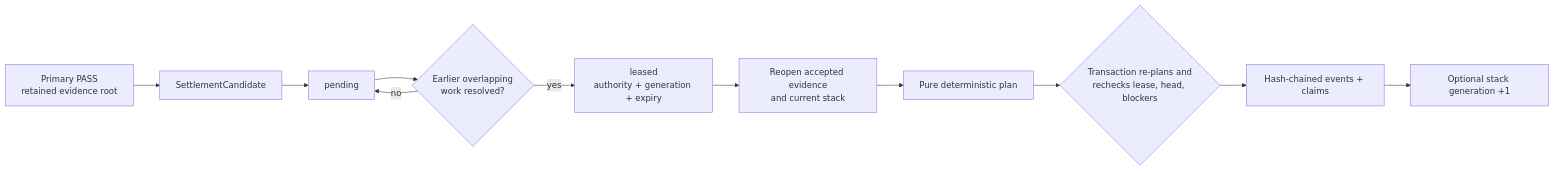
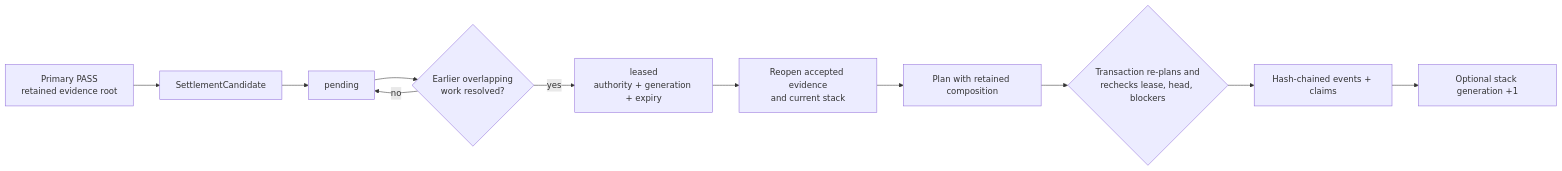
Before and after one commit to latent-to/cacheon: the first of 2 diagrams in docs/validator-guide/settlement-and-weights.md, drawn with Mermaid. The commit also changed other lines of this file and 266 other files, not shown here.

````diff
--- a/docs/validator-guide/settlement-and-weights.md
+++ b/docs/validator-guide/settlement-and-weights.md
@@ -41,13 +43,13 @@
 ```mermaid
 flowchart LR
     P1["Primary PASS<br/>retained evidence root"] --> Pair["SettlementCandidate"]
     Pair --> Pending["pending"]
     Pending --> Blockers{"Earlier overlapping<br/>work resolved?"}
     Blockers -- no --> Pending
     Blockers -- yes --> Lease["leased<br/>authority + generation + expiry"]
     Lease --> Reopen["Reopen accepted evidence<br/>and current stack"]
-    Reopen --> Plan["Pure deterministic plan"]
+    Reopen --> Plan["Plan with retained composition"]
     Plan --> Commit{"Transaction re-plans and<br/>rechecks lease, head, blockers"}
     Commit --> Events["Hash-chained events + claims"]
     Events --> Stack["Optional stack generation +1"]
 ```
````
